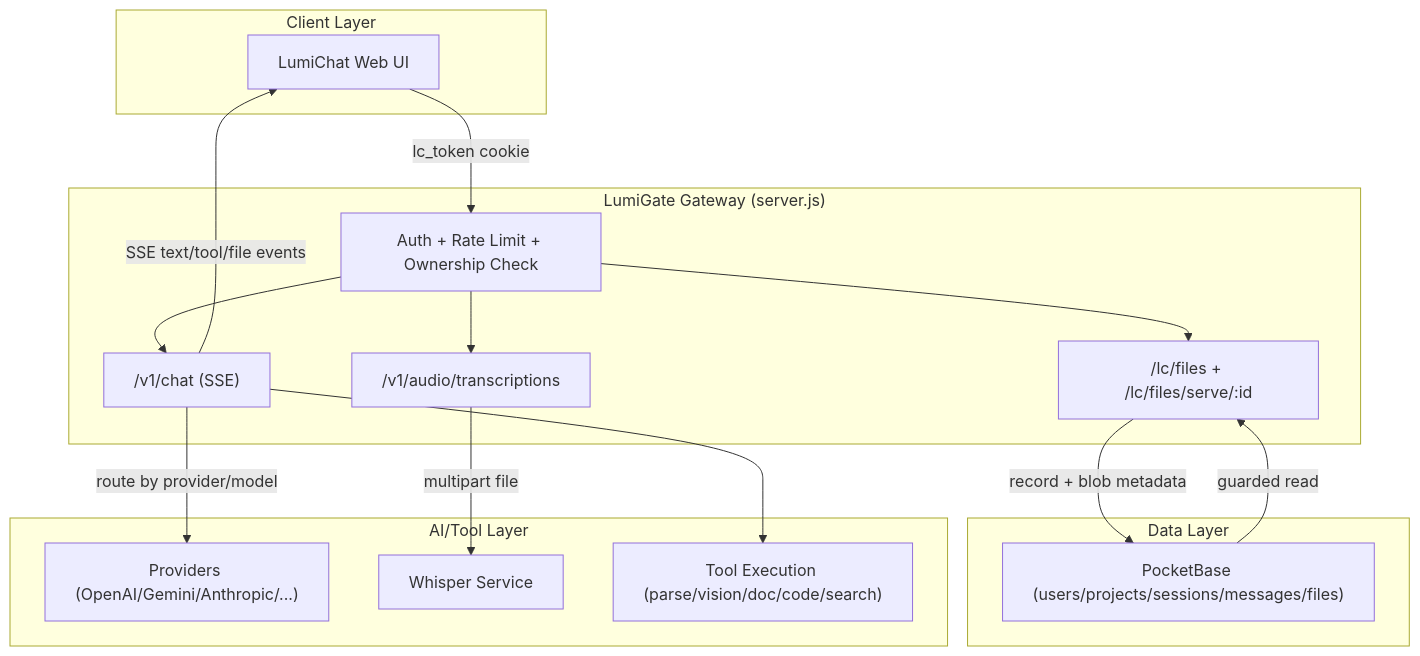
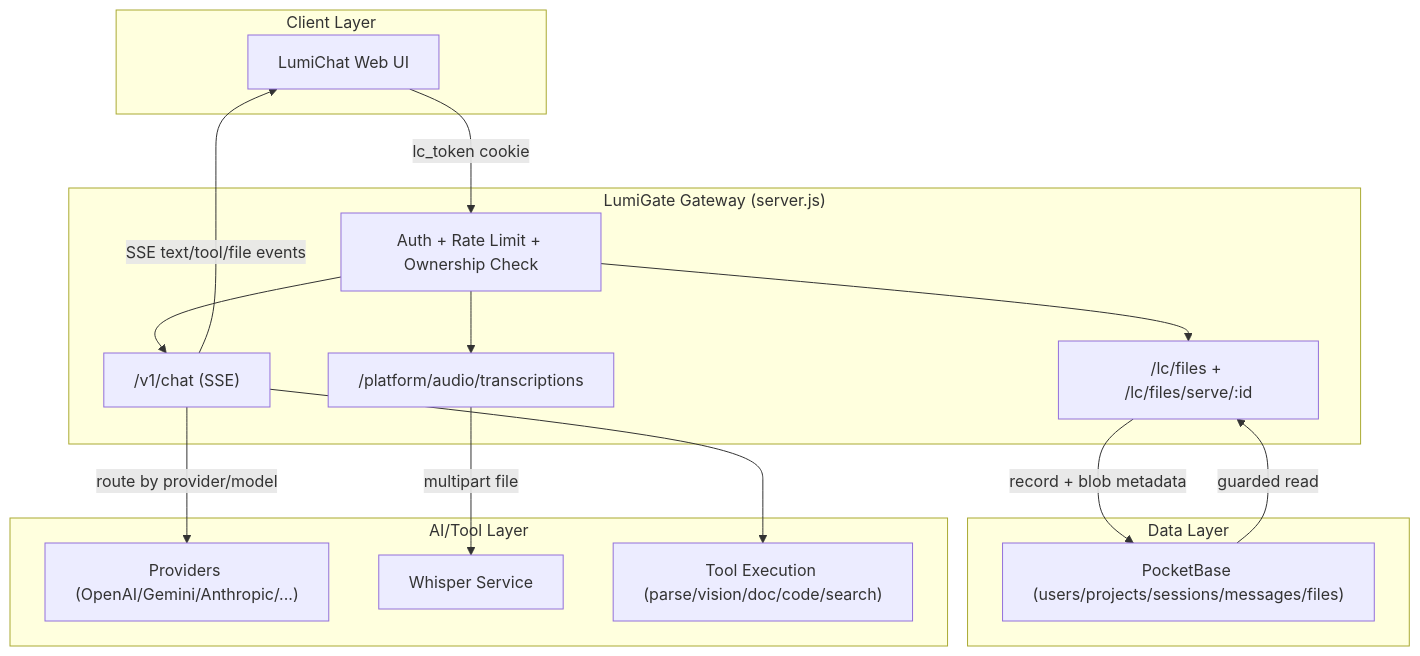
Before and after one commit to richardhxwang/lumigate: the second of 2 diagrams in README.md, drawn with Mermaid. The commit also changed other lines of this file and 171 other files, not shown here.

````diff
--- a/README.md
+++ b/README.md
@@ -156,35 +195,35 @@
 ```mermaid
 flowchart TB
   subgraph Client["Client Layer"]
     U["LumiChat Web UI"]
   end
 
   subgraph Gateway["LumiGate Gateway (server.js)"]
     AUTH["Auth + Rate Limit + Ownership Check"]
     CHAT["/v1/chat (SSE)"]
     FILE["/lc/files + /lc/files/serve/:id"]
-    AUDIO["/v1/audio/transcriptions"]
+    AUDIO["/platform/audio/transcriptions"]
   end
 
   subgraph Data["Data Layer"]
     PB["PocketBase (users/projects/sessions/messages/files)"]
   end
 
   subgraph AI["AI/Tool Layer"]
     P["Providers (OpenAI/Gemini/Anthropic/...)"]
     W["Whisper Service"]
     T["Tool Execution (parse/vision/doc/code/search)"]
   end
 
   U -->|"lc_token cookie"| AUTH
   AUTH --> CHAT
   AUTH --> FILE
   AUTH --> AUDIO
 
   FILE -->|"record + blob metadata"| PB
   PB -->|"guarded read"| FILE
   AUDIO -->|"multipart file"| W
   CHAT -->|"route by provider/model"| P
   CHAT --> T
   CHAT -->|"SSE text/tool/file events"| U
 ```
````
